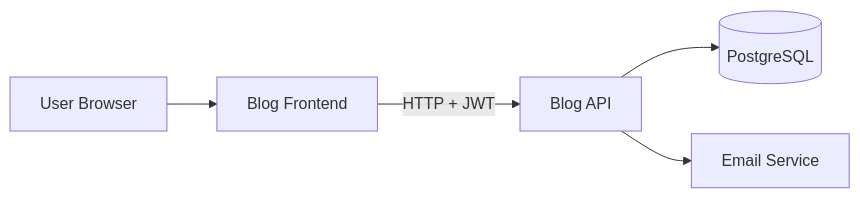
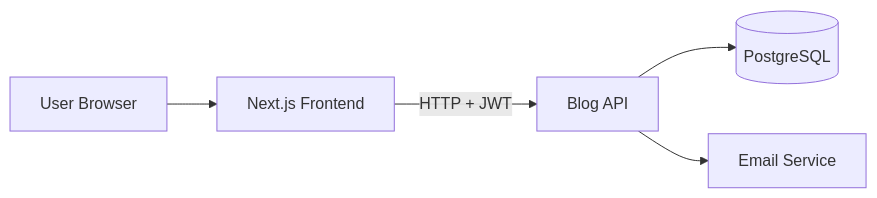
One commit to rabebe/blog-frontend changed the first of 2 diagrams in README.md. Above: the diagram before and after it, drawn with Mermaid. The commit also changed other lines of this file, not shown here.

````diff
--- a/README.md
+++ b/README.md
@@ -46,7 +59,7 @@
 ```mermaid
 flowchart LR
-    U[User Browser] --> FE[Blog Frontend]
+    U[User Browser] --> FE[Next.js Frontend]
     FE -->|HTTP + JWT| API[Blog API]
     API --> DB[(PostgreSQL)]
     API --> EMAIL[Email Service]
 ```
````
